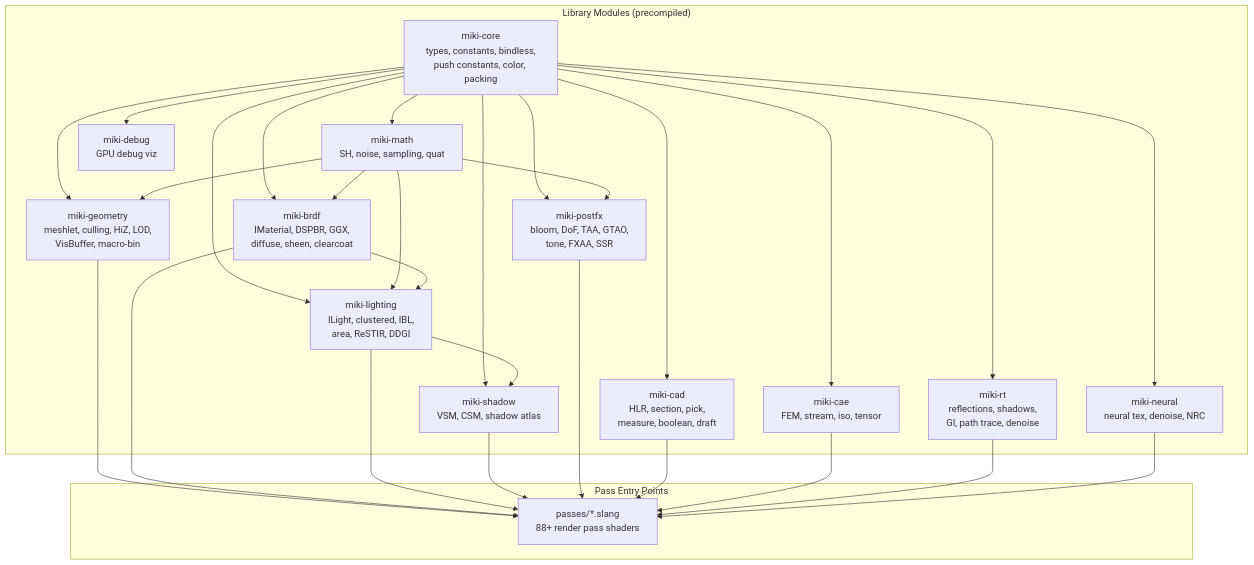
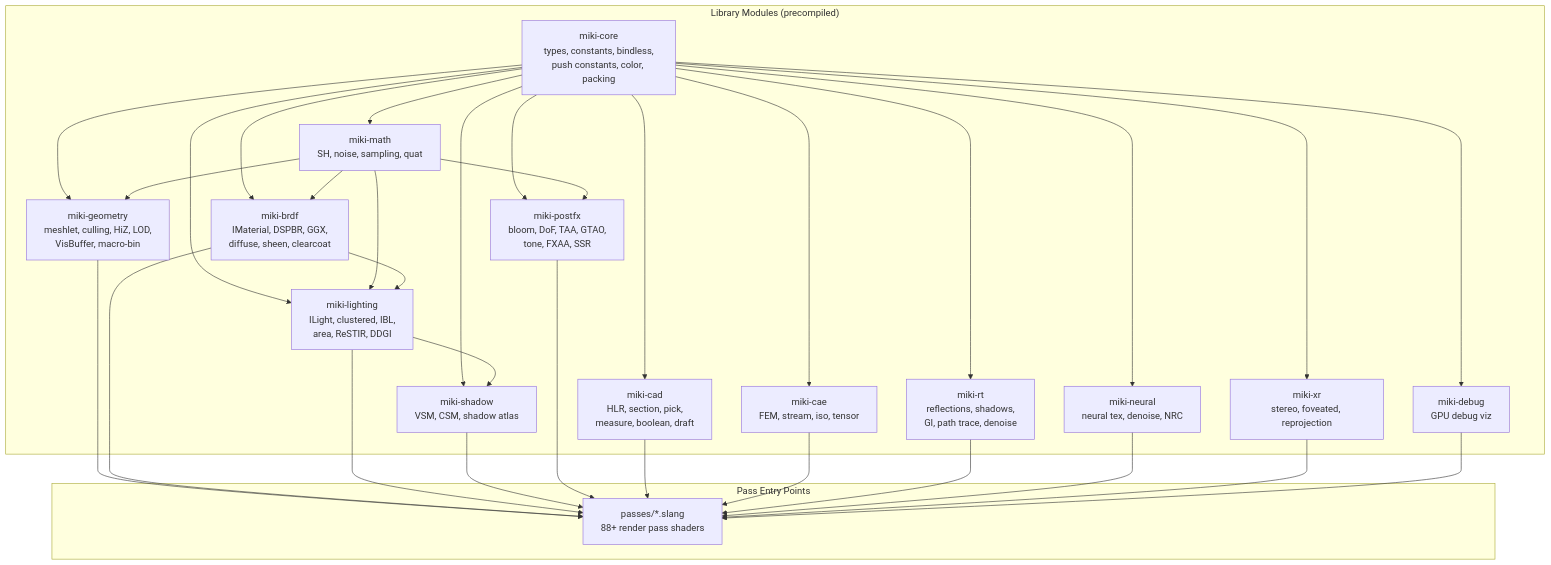
The eighth of 9 diagrams in specs/05-shader-pipeline.md (nekomiya-kasane/mitsuki), drawn with Mermaid before and after one commit. The commit also changed other lines of this file and 4 other files, not shown here.

````diff
--- a/specs/05-shader-pipeline.md
+++ b/specs/05-shader-pipeline.md
@@ -1152,48 +1870,52 @@
 ```mermaid
 graph TD
     subgraph "Library Modules (precompiled)"
         CORE["miki-core<br/>types, constants, bindless,<br/>push constants, color, packing"]
         MATH["miki-math<br/>SH, noise, sampling, quat"]
         BRDF["miki-brdf<br/>IMaterial, DSPBR, GGX,<br/>diffuse, sheen, clearcoat"]
         LIGHT["miki-lighting<br/>ILight, clustered, IBL,<br/>area, ReSTIR, DDGI"]
         GEOM["miki-geometry<br/>meshlet, culling, HiZ, LOD,<br/>VisBuffer, macro-bin"]
         SHADOW["miki-shadow<br/>VSM, CSM, shadow atlas"]
         POSTFX["miki-postfx<br/>bloom, DoF, TAA, GTAO,<br/>tone, FXAA, SSR"]
         CAD["miki-cad<br/>HLR, section, pick,<br/>measure, boolean, draft"]
         CAE["miki-cae<br/>FEM, stream, iso, tensor"]
         RT["miki-rt<br/>reflections, shadows,<br/>GI, path trace, denoise"]
         NEURAL["miki-neural<br/>neural tex, denoise, NRC"]
+        XR["miki-xr<br/>stereo, foveated, reprojection"]
         DEBUG["miki-debug<br/>GPU debug viz"]
     end
 
     subgraph "Pass Entry Points"
         PASS["passes/*.slang<br/>88+ render pass shaders"]
     end
 
     CORE --> MATH
     CORE --> BRDF
     CORE --> LIGHT
     CORE --> GEOM
     CORE --> SHADOW
     CORE --> POSTFX
     CORE --> CAD
     CORE --> CAE
     CORE --> RT
     CORE --> NEURAL
+    CORE --> XR
     CORE --> DEBUG
     MATH --> BRDF
     MATH --> LIGHT
     MATH --> GEOM
     MATH --> POSTFX
     BRDF --> LIGHT
     LIGHT --> SHADOW
     GEOM --> PASS
     BRDF --> PASS
     LIGHT --> PASS
     SHADOW --> PASS
     POSTFX --> PASS
     CAD --> PASS
     CAE --> PASS
     RT --> PASS
     NEURAL --> PASS
+    XR --> PASS
+    DEBUG --> PASS
 ```
````
